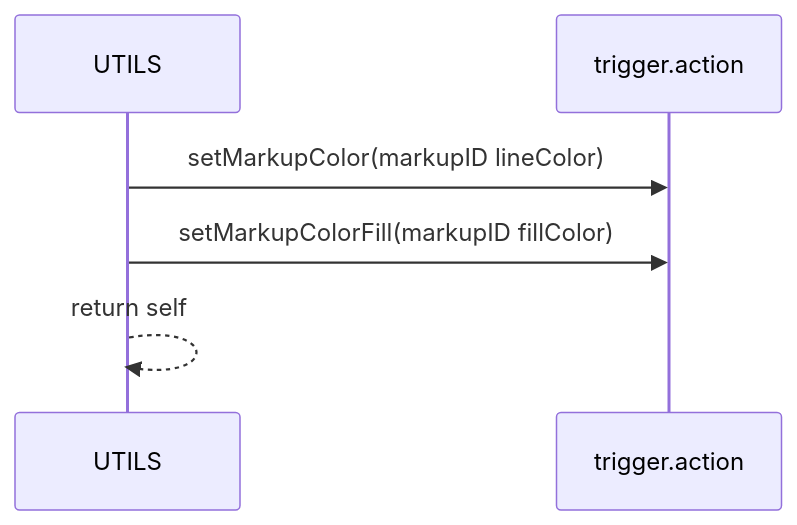
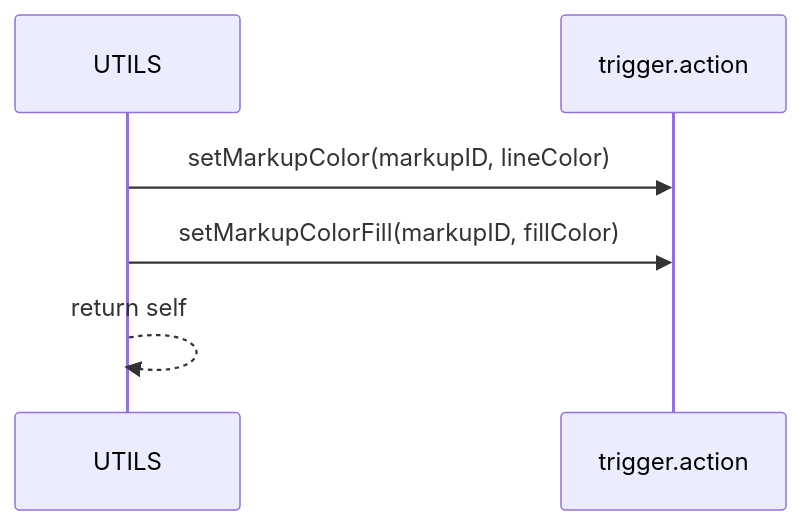
The second of 2 diagrams in docs/utils/lookups_and_markup.md (Gh0st352/AETHR), drawn with Mermaid before and after one commit. The commit also changed other lines of this file and 7 other files, not shown here.

First line of the commit message:
docs(utils, mermaid): normalize diagrams, restructure subgraphs and standardize classes

````diff
--- a/docs/utils/lookups_and_markup.md
+++ b/docs/utils/lookups_and_markup.md
@@ -26,8 +37,9 @@
 ```mermaid
+%% shared theme: docs/_mermaid/theme.json %%
 sequenceDiagram
   participant U as UTILS
   participant TA as trigger.action
-  U->>TA: setMarkupColor(markupID lineColor)
-  U->>TA: setMarkupColorFill(markupID fillColor)
+  U->>TA: setMarkupColor(markupID, lineColor)
+  U->>TA: setMarkupColorFill(markupID, fillColor)
   U-->>U: return self
 ```
````
